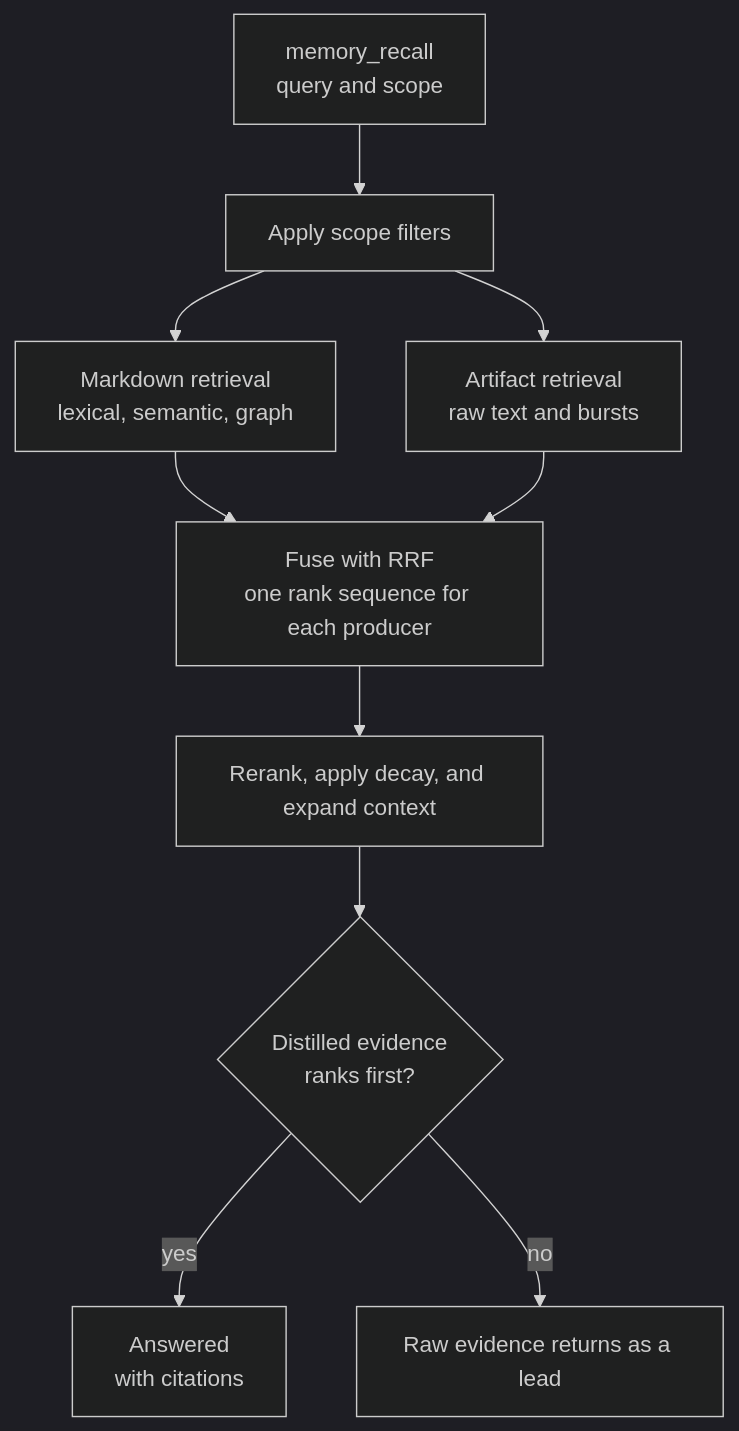
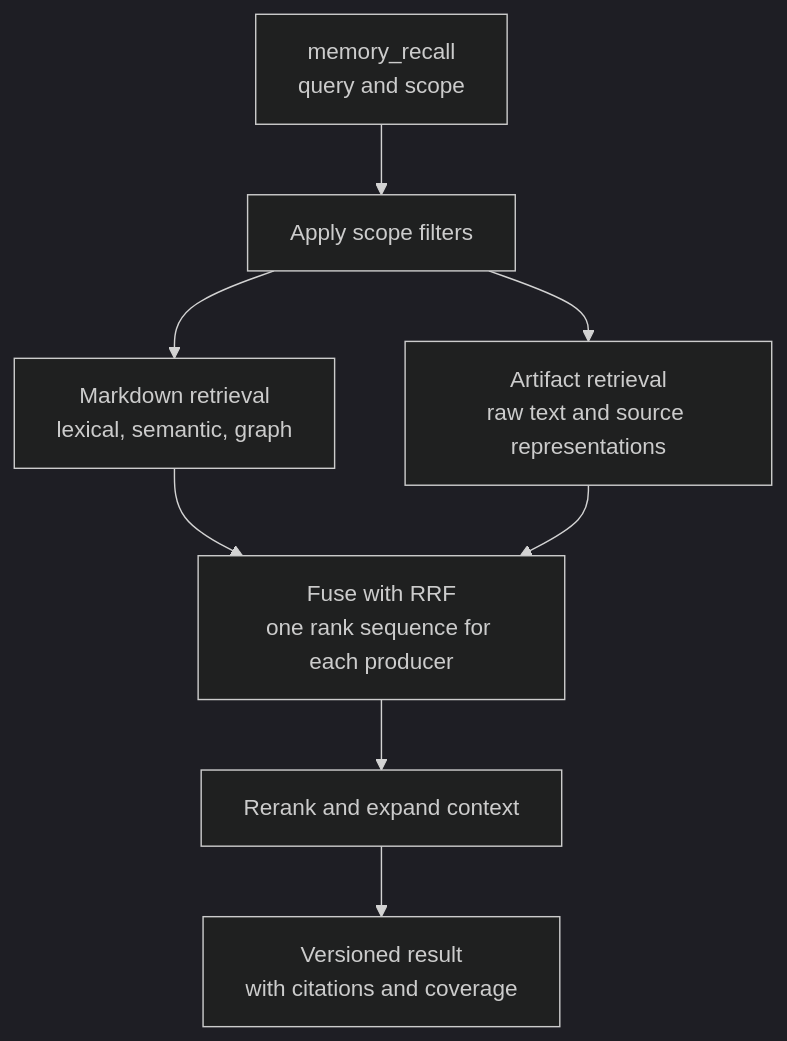
Before and after one commit to moorej2400/ai-memory-mcp: the second of 3 diagrams in README.md, drawn with Mermaid (dark theme). The commit also changed other lines of this file and 59 other files, not shown here.

````diff
--- a/README.md
+++ b/README.md
@@ -94,22 +95,18 @@
 ```mermaid
 flowchart TB
     Query["memory_recall<br/>query and scope"]
     Scope["Apply scope filters"]
     Md["Markdown retrieval<br/>lexical, semantic, graph"]
-    Art["Artifact retrieval<br/>raw text and bursts"]
+    Art["Artifact retrieval<br/>raw text and source representations"]
     Fuse["Fuse with RRF<br/>one rank sequence for each producer"]
-    Rank["Rerank, apply decay, and expand context"]
-    Gate{"Distilled evidence<br/>ranks first?"}
-    Answer["Answered<br/>with citations"]
-    Lead["Raw evidence returns as a lead"]
+    Rank["Rerank and expand context"]
+    Result["Versioned result<br/>with citations and coverage"]
 
     Query --> Scope
     Scope --> Md
     Scope --> Art
     Md --> Fuse
     Art --> Fuse
     Fuse --> Rank
-    Rank --> Gate
-    Gate -->|yes| Answer
-    Gate -->|no| Lead
+    Rank --> Result
 ```
````
